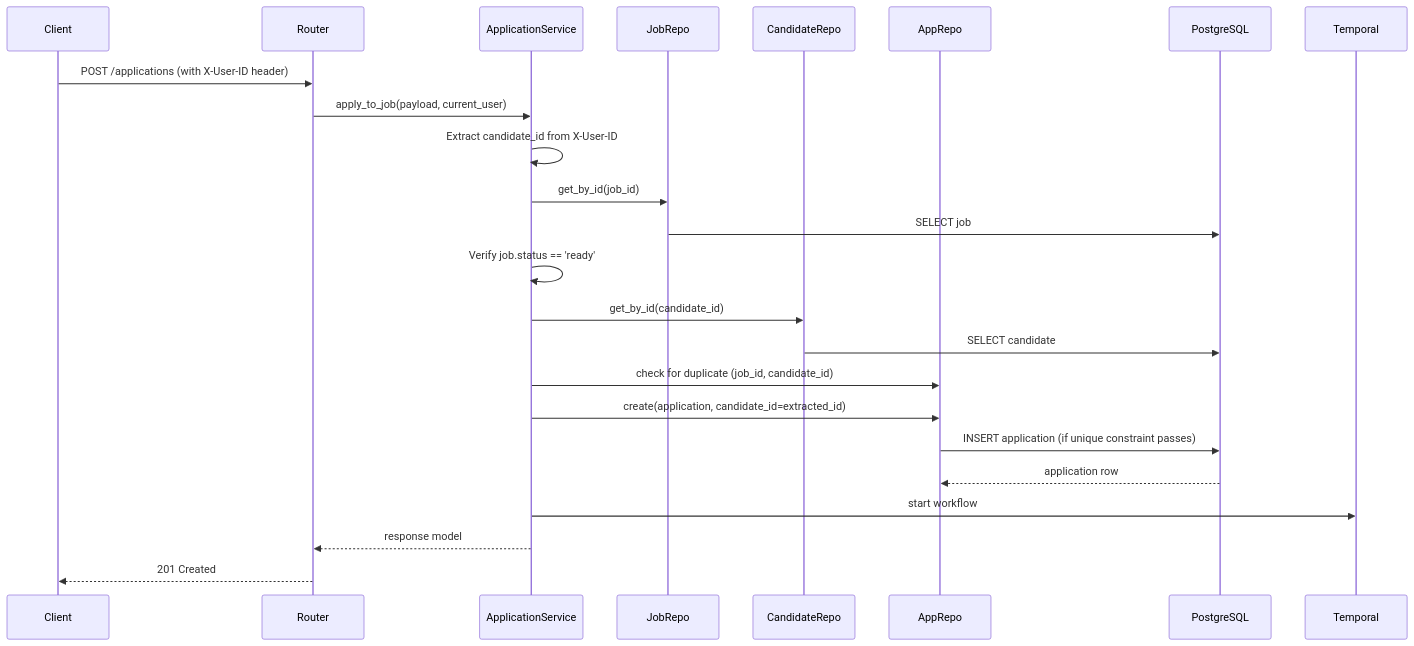
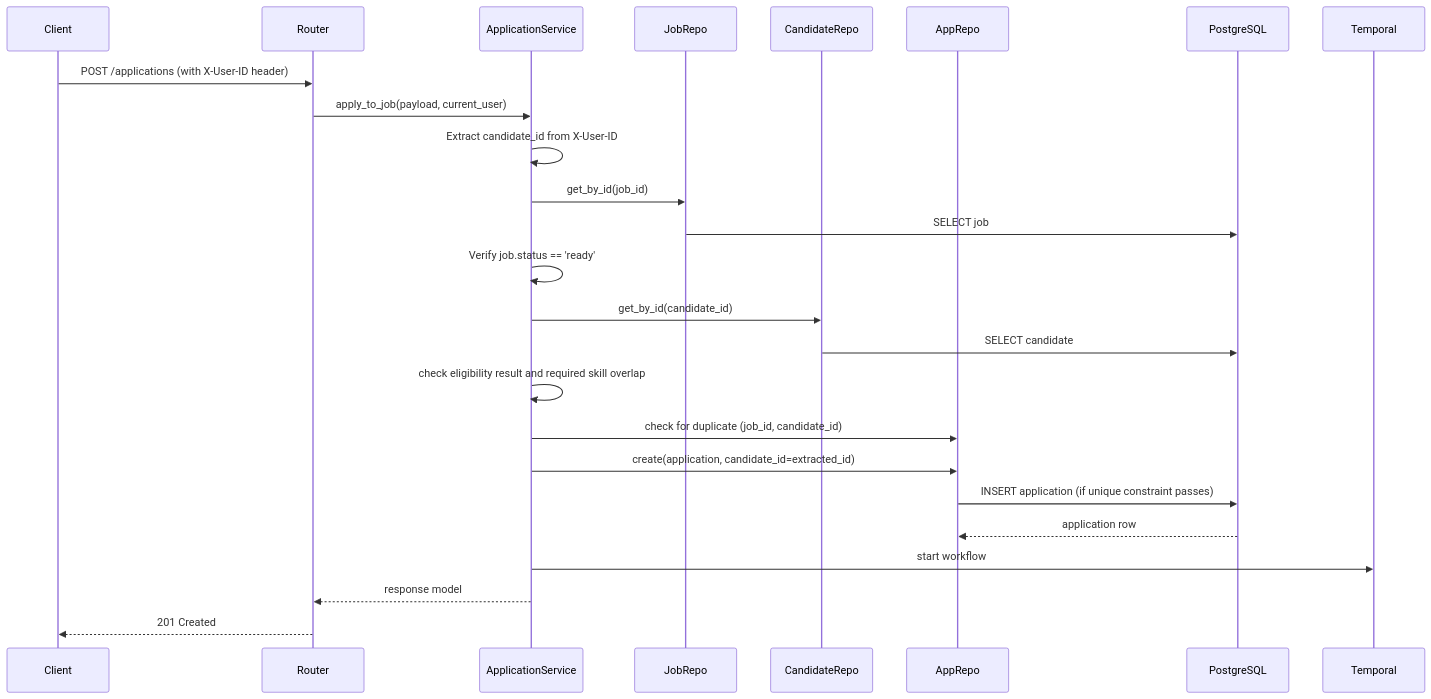
The sixth of 8 diagrams in docs/SERVICES.md (afnan-emumba/smart-hire), drawn with Mermaid before and after one commit. The commit also changed other lines of this file and 2 other files, not shown here.

Commit message:
feat: update Postman collection with new job application workflows and eligibility checks

````diff
--- a/docs/SERVICES.md
+++ b/docs/SERVICES.md
@@ -138,27 +155,28 @@
 ```mermaid
 sequenceDiagram
     participant Client
     participant Router
     participant Service as ApplicationService
     participant JobRepo
     participant CandidateRepo
     participant AppRepo
     participant DB as PostgreSQL
     participant Temporal
 
     Client->>Router: POST /applications (with X-User-ID header)
     Router->>Service: apply_to_job(payload, current_user)
     Service->>Service: Extract candidate_id from X-User-ID
     Service->>JobRepo: get_by_id(job_id)
     JobRepo->>DB: SELECT job
     Service->>Service: Verify job.status == 'ready'
     Service->>CandidateRepo: get_by_id(candidate_id)
     CandidateRepo->>DB: SELECT candidate
+    Service->>Service: check eligibility result and required skill overlap
     Service->>AppRepo: check for duplicate (job_id, candidate_id)
     Service->>AppRepo: create(application, candidate_id=extracted_id)
     AppRepo->>DB: INSERT application (if unique constraint passes)
     DB-->>AppRepo: application row
     Service->>Temporal: start workflow
     Service-->>Router: response model
     Router-->>Client: 201 Created
 ```
````
